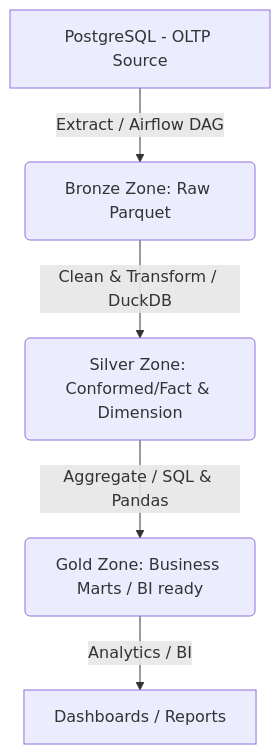
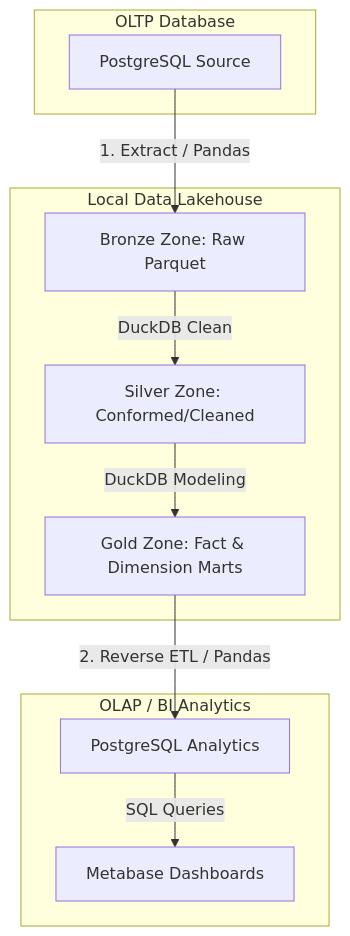
The diagram in README.md (phantrongnguyen/toy-store-lakehouse-warehouse), drawn with Mermaid before and after one commit. The commit also changed other lines of this file, not shown here.

````diff
--- a/README.md
+++ b/README.md
@@ -9,7 +11,18 @@
 ```mermaid
 graph TD
-    A[PostgreSQL - OLTP Source] -->|Extract / Airflow DAG| B(Bronze Zone: Raw Parquet)
-    B -->|Clean & Transform / DuckDB| C(Silver Zone: Conformed/Fact & Dimension)
-    C -->|Aggregate / SQL & Pandas| D(Gold Zone: Business Marts / BI ready)
-    D -->|Analytics / BI| E[Dashboards / Reports]
+    subgraph OLTP Database
+        A[PostgreSQL Source]
+    end
+
+    subgraph Local Data Lakehouse
+        B[Bronze Zone: Raw Parquet] -->|DuckDB Clean| C[Silver Zone: Conformed/Cleaned]
+        C -->|DuckDB Modeling| D[Gold Zone: Fact & Dimension Marts]
+    end
+
+    subgraph OLAP / BI Analytics
+        E[PostgreSQL Analytics] -->|SQL Queries| F[Metabase Dashboards]
+    end
+
+    A -->|1. Extract / Pandas| B
+    D -->|2. Reverse ETL / Pandas| E
 ```
````
